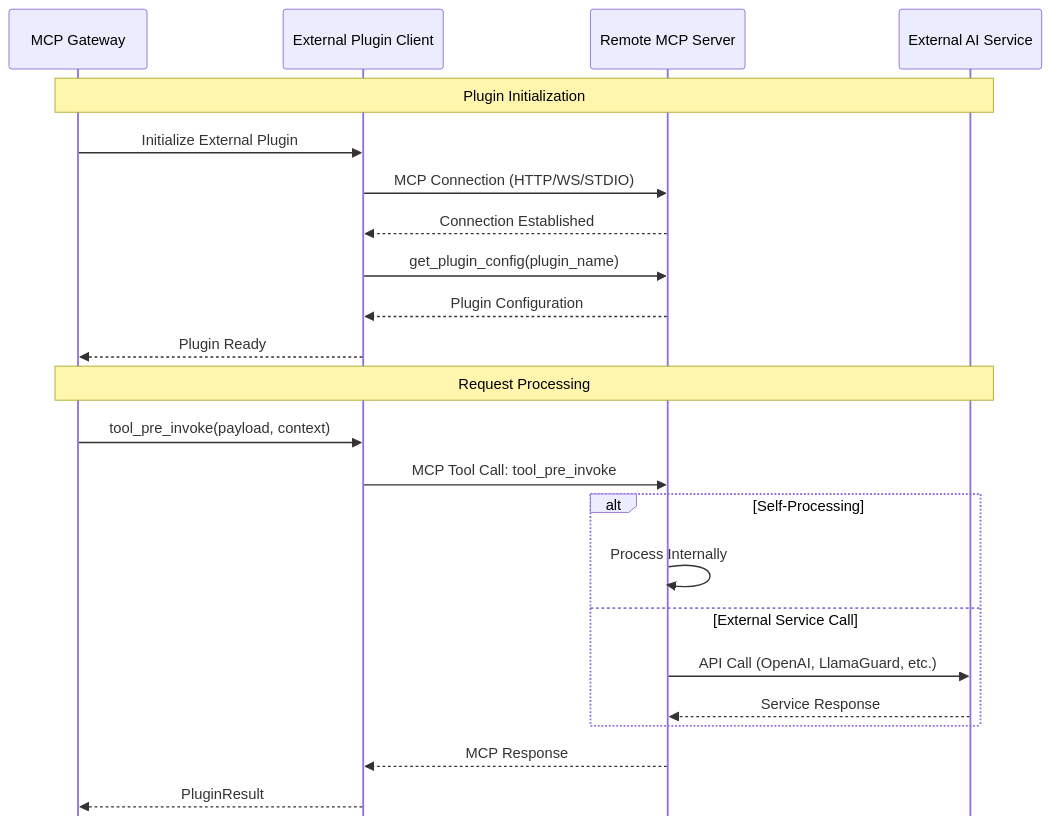
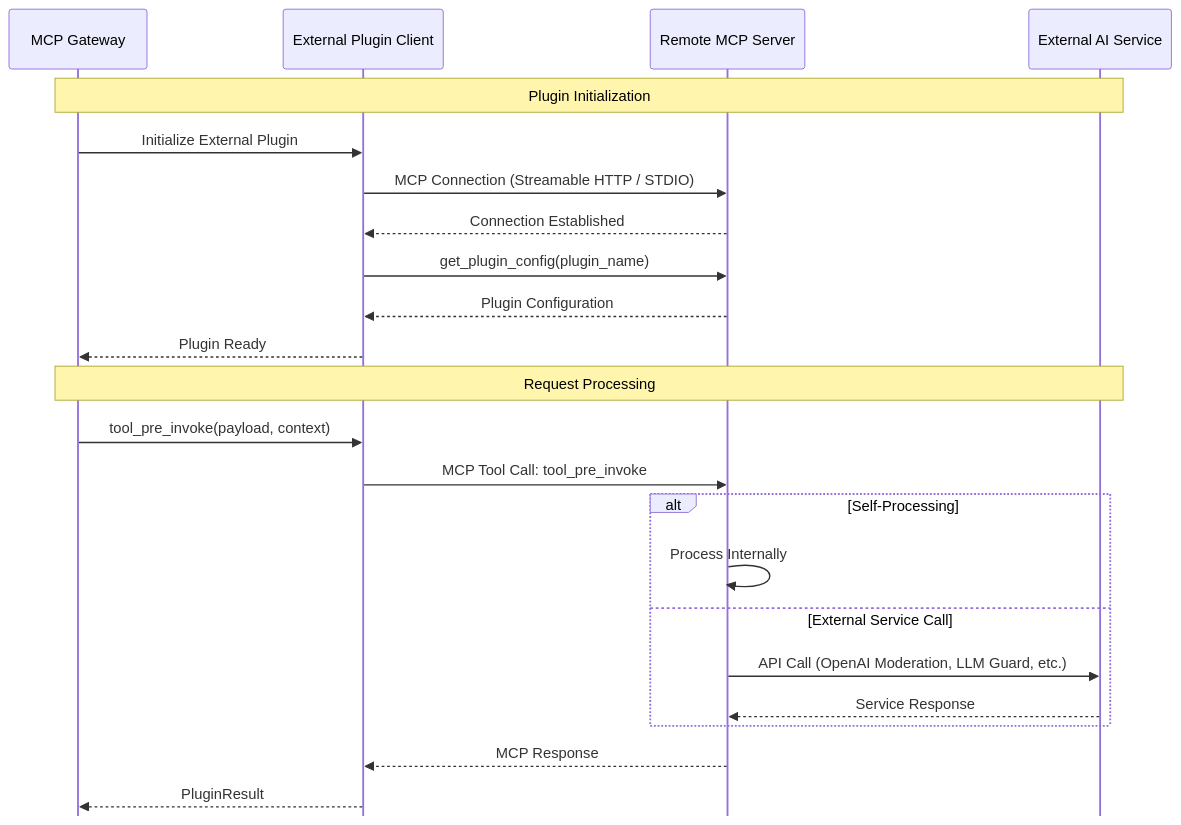
One commit to tedhabeck/mcp-context-forge changed the fourth of 5 diagrams in docs/docs/architecture/plugins.md. Above: the diagram before and after it, drawn with Mermaid. The commit also changed other lines of this file and 147 other files, not shown here.

First line of the commit message:
docs: refresh docs formatting, links, and diagrams (#2624)

````diff
--- a/docs/docs/architecture/plugins.md
+++ b/docs/docs/architecture/plugins.md
@@ -1169,33 +1178,33 @@
 ```mermaid
 ---
 config:
   mirrorActors: false
 ---
 sequenceDiagram
     participant Gateway as MCP Gateway
     participant Client as External Plugin Client
     participant Server as Remote MCP Server
     participant Service as External AI Service
 
     Note over Gateway,Service: Plugin Initialization
     Gateway->>Client: Initialize External Plugin
-    Client->>Server: MCP Connection (HTTP/WS/STDIO)
+    Client->>Server: MCP Connection (Streamable HTTP / STDIO)
     Server-->>Client: Connection Established
     Client->>Server: get_plugin_config(plugin_name)
     Server-->>Client: Plugin Configuration
     Client-->>Gateway: Plugin Ready
 
     Note over Gateway,Service: Request Processing
     Gateway->>Client: tool_pre_invoke(payload, context)
     Client->>Server: MCP Tool Call: tool_pre_invoke
 
     alt Self-Processing
         Server->>Server: Process Internally
     else External Service Call
-        Server->>Service: API Call (OpenAI, LlamaGuard, etc.)
+        Server->>Service: API Call (OpenAI Moderation, LLM Guard, etc.)
         Service-->>Server: Service Response
     end
 
     Server-->>Client: MCP Response
     Client-->>Gateway: PluginResult
 ```
````
